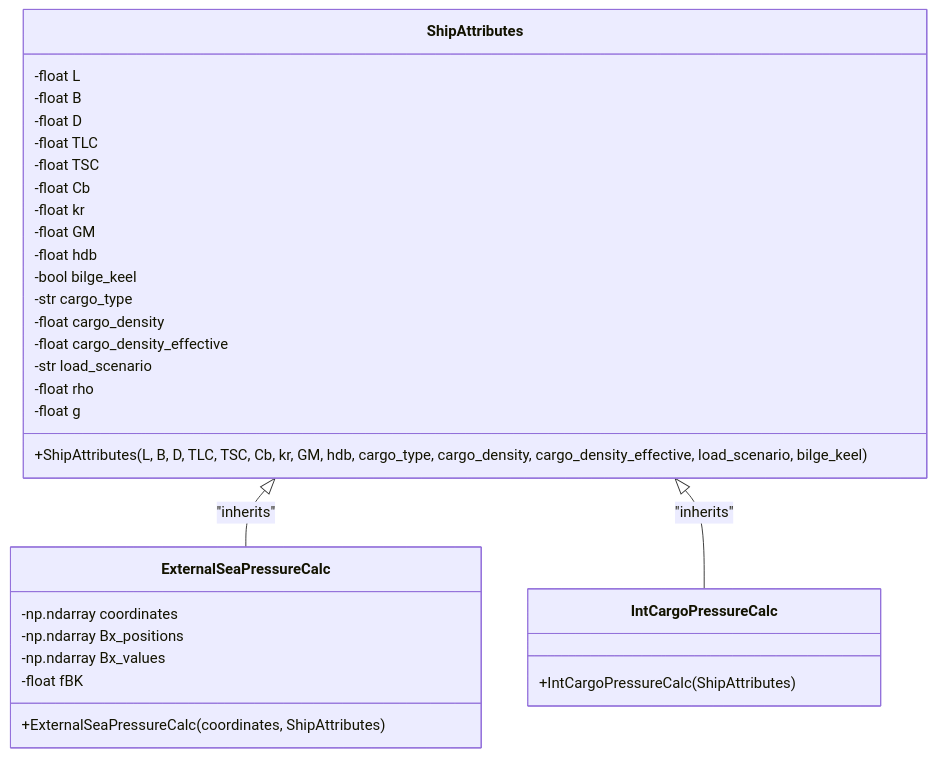
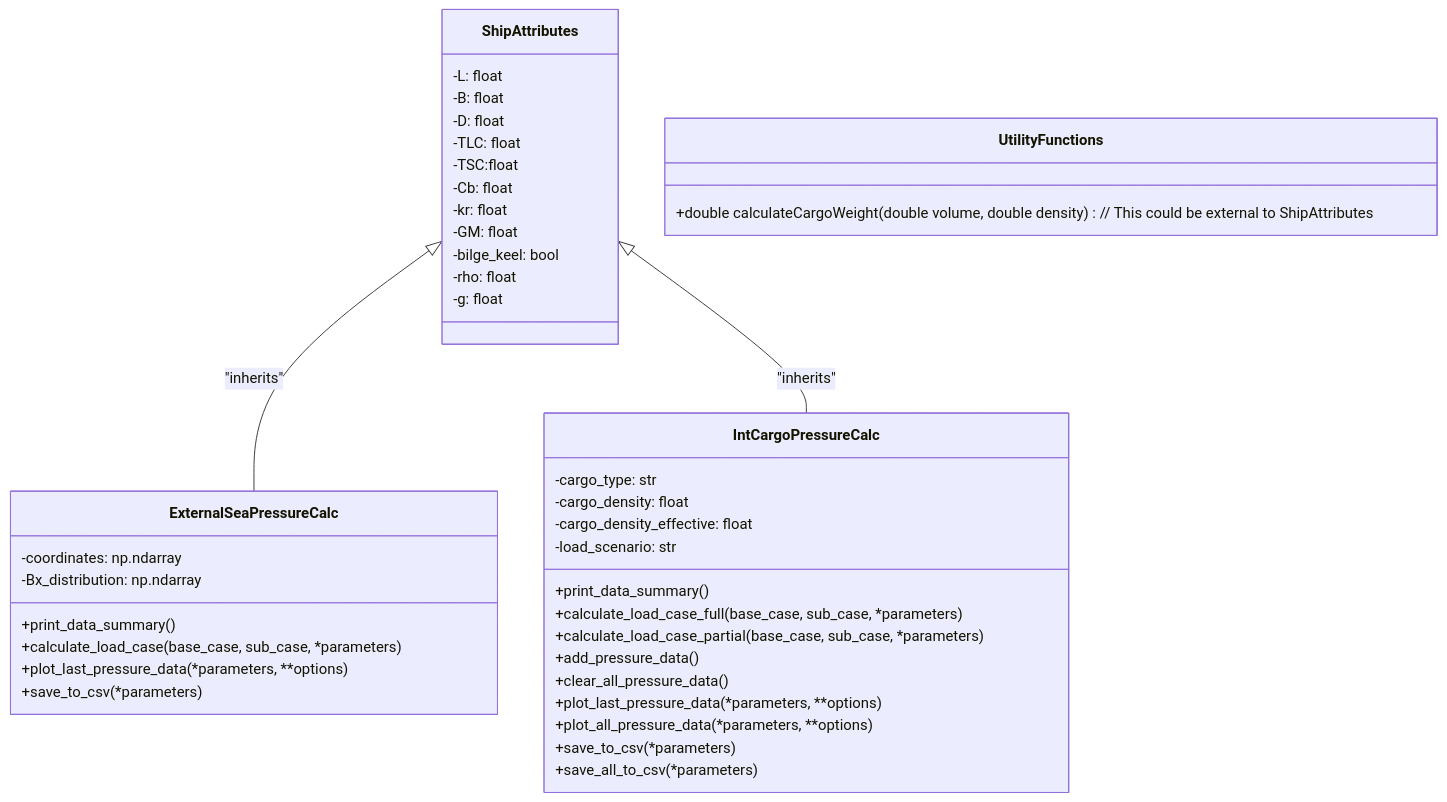
The diagram in README.md (Lalis98/PRESim), drawn with Mermaid before and after one commit. The commit also changed other lines of this file, not shown here.

````diff
--- a/README.md
+++ b/README.md
@@ -14,37 +15,51 @@
 ```mermaid
 classDiagram
     class ShipAttributes {
-        -float L
-        -float B
-        -float D
-        -float TLC
-        -float TSC
-        -float Cb
-        -float kr
-        -float GM
-        -float hdb
-        -bool bilge_keel
-        -str cargo_type
-        -float cargo_density
-        -float cargo_density_effective
-        -str load_scenario
-        -float rho
-        -float g
-        +ShipAttributes(L, B, D, TLC, TSC, Cb, kr, GM, hdb, cargo_type, cargo_density, cargo_density_effective, load_scenario, bilge_keel)
+        -L: float
+        -B: float
+        -D: float
+        -TLC: float
+        -TSC:float
+        -Cb: float
+        -kr: float
+        -GM: float
+        -bilge_keel: bool
+        -rho: float
+        -g: float
     }
 
     class ExternalSeaPressureCalc {
-        -np.ndarray coordinates
-        -np.ndarray Bx_positions
-        -np.ndarray Bx_values
-        -float fBK
-        +ExternalSeaPressureCalc(coordinates, ShipAttributes)
+        -coordinates: np.ndarray
+        -Bx_distribution: np.ndarray
+        +print_data_summary()
+        +calculate_load_case(base_case, sub_case, *parameters)
+        +plot_last_pressure_data(*parameters, **options)
+        +save_to_csv(*parameters)
     }
 
     class IntCargoPressureCalc {
-        +IntCargoPressureCalc(ShipAttributes)
+        -cargo_type: str
+        -cargo_density: float
+        -cargo_density_effective: float
+        -load_scenario: str
+        +print_data_summary()
+        +calculate_load_case_full(base_case, sub_case, *parameters)
+        +calculate_load_case_partial(base_case, sub_case, *parameters)
+        +add_pressure_data()
+        +clear_all_pressure_data()
+        +plot_last_pressure_data(*parameters, **options)
+        +plot_all_pressure_data(*parameters, **options)
+        +save_to_csv(*parameters)
+        +save_all_to_csv(*parameters)
+    }
+    
+    class UtilityFunctions {
+        +double calculateCargoWeight(double volume, double density)  // This could be external to ShipAttributes
     }
 
     ShipAttributes <|-- ExternalSeaPressureCalc : "inherits"
     ShipAttributes <|-- IntCargoPressureCalc : "inherits"
+    
+    
+
 ```
````
